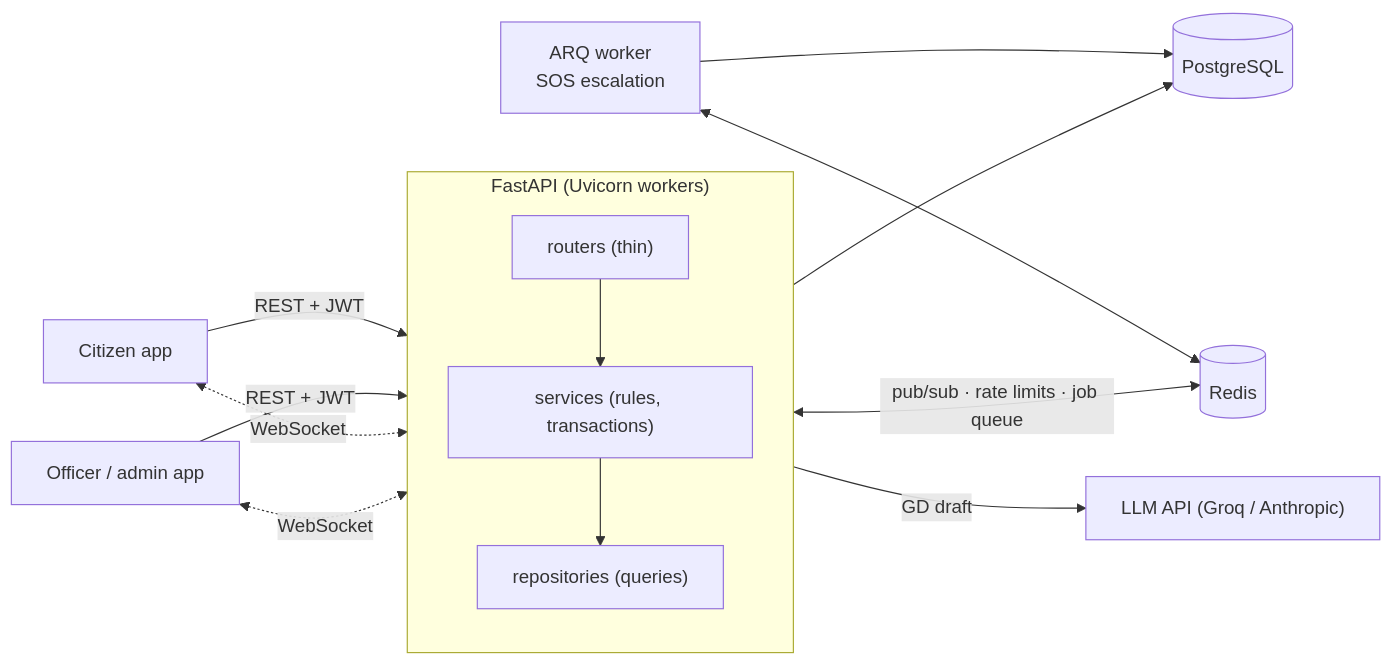
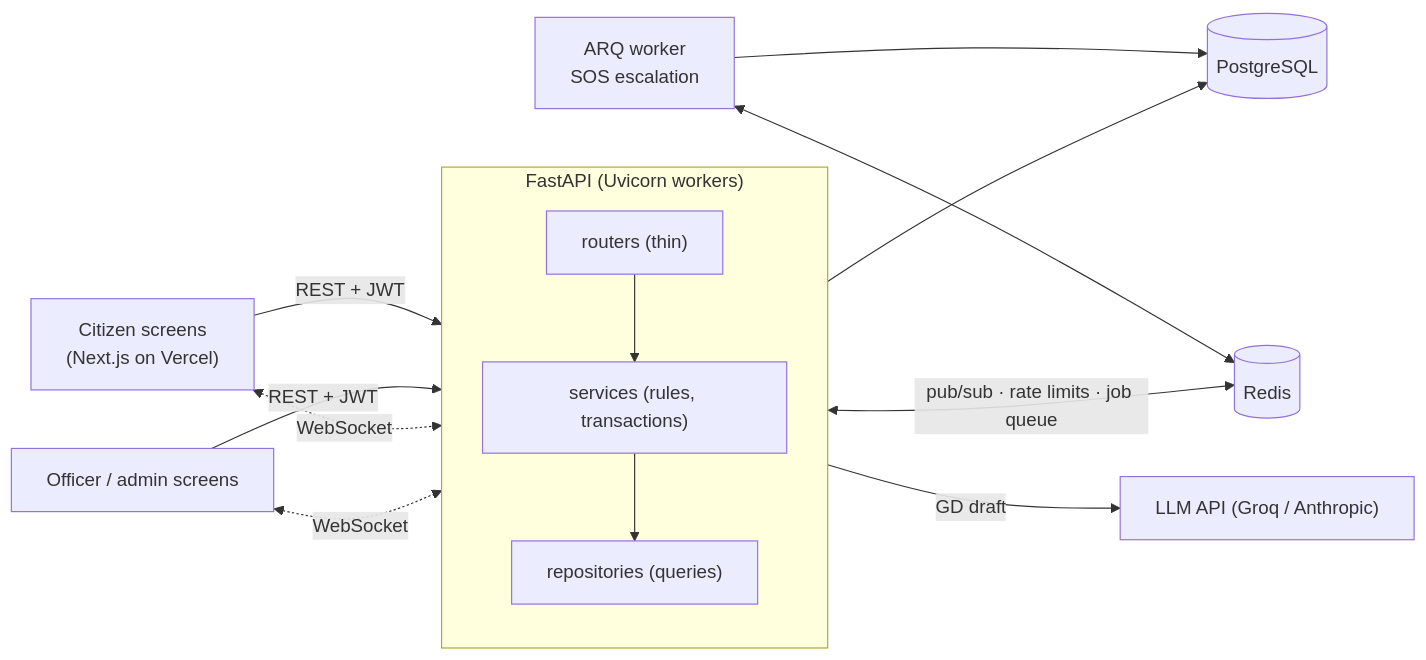
Before and after one commit to AsadShibli/rokkha: the first of 2 diagrams in README.md, drawn with Mermaid. The commit also changed other lines of this file and 12 other files, not shown here.

````diff
--- a/README.md
+++ b/README.md
@@ -60,16 +81,16 @@
 ```mermaid
 flowchart LR
-    C["Citizen app"] -- "REST + JWT" --> API
-    S["Officer / admin app"] -- "REST + JWT" --> API
+    C["Citizen screens<br/>(Next.js on Vercel)"] -- "REST + JWT" --> API
+    S["Officer / admin screens"] -- "REST + JWT" --> API
     C <-. "WebSocket" .-> API
     S <-. "WebSocket" .-> API
     subgraph API["FastAPI (Uvicorn workers)"]
         direction TB
         R["routers (thin)"] --> SV["services (rules, transactions)"] --> RP["repositories (queries)"]
     end
     RP --> PG[("PostgreSQL")]
     API <-- "pub/sub · rate limits · job queue" --> RD[("Redis")]
     W["ARQ worker<br/>SOS escalation"] <--> RD
     W --> PG
     API -- "GD draft" --> AI["LLM API (Groq / Anthropic)"]
 ```
````
